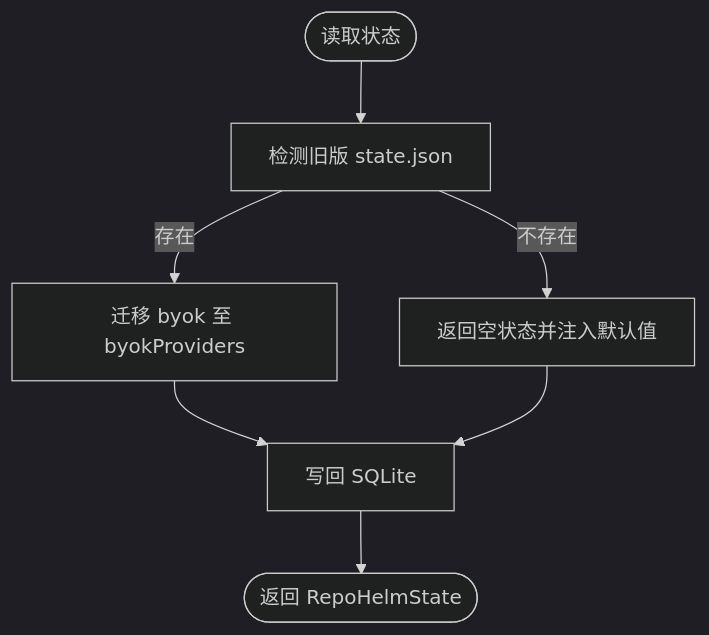
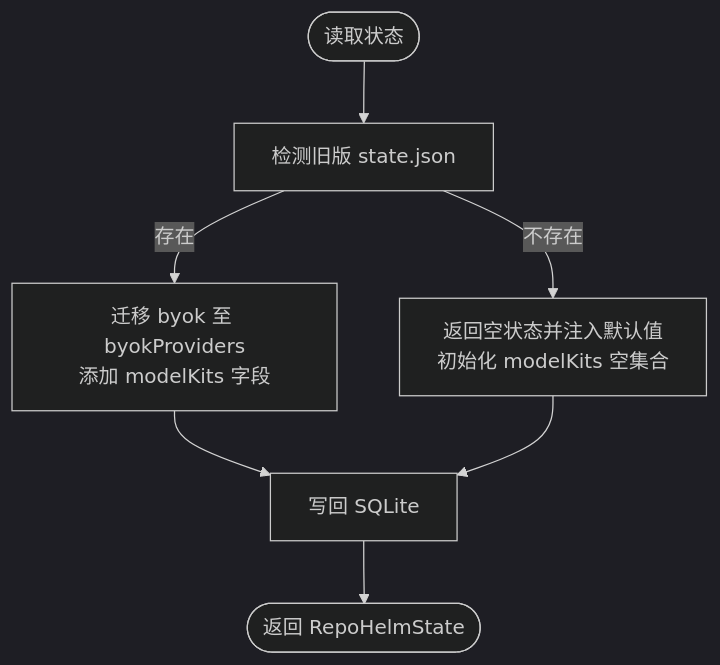
The fourth of 6 diagrams in .qoder/repowiki/zh/content/数据模型和类型系统/数据模型和类型系统.md (coconilu/RepoHelm), drawn with Mermaid (dark theme) before and after one commit. The commit also changed other lines of this file and 14 other files, not shown here.

````diff
--- a/.qoder/repowiki/zh/content/数据模型和类型系统/数据模型和类型系统.md
+++ b/.qoder/repowiki/zh/content/数据模型和类型系统/数据模型和类型系统.md
@@ -338,9 +402,9 @@
 ```mermaid
 flowchart TD
 Start(["读取状态"]) --> CheckLegacy["检测旧版 state.json"]
-CheckLegacy --> |存在| Migrate["迁移 byok 至 byokProviders"]
-CheckLegacy --> |不存在| Empty["返回空状态并注入默认值"]
+CheckLegacy --> |存在| Migrate["迁移 byok 至 byokProviders<br/>添加 modelKits 字段"]
+CheckLegacy --> |不存在| Empty["返回空状态并注入默认值<br/>初始化 modelKits 空集合"]
 Migrate --> WriteBack["写回 SQLite"]
 Empty --> WriteBack
 WriteBack --> End(["返回 RepoHelmState"])
 ```
````
